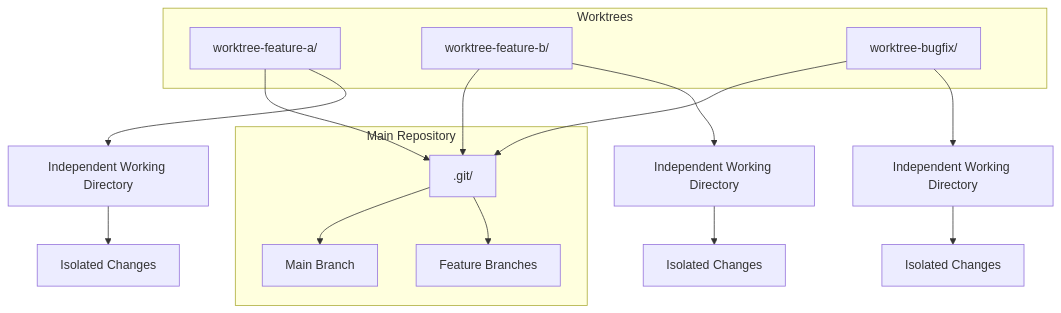
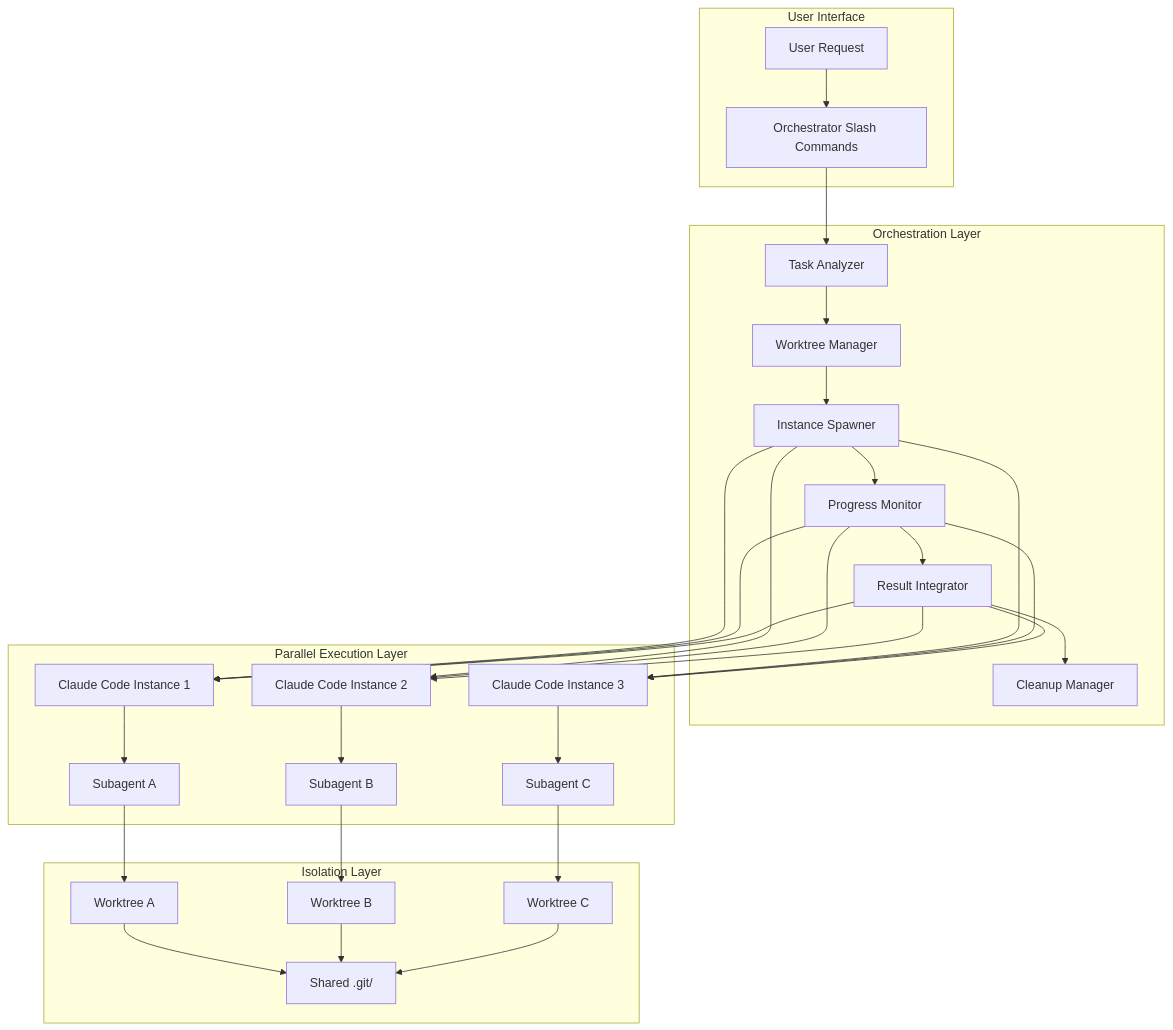
The diagram in modules/module7-advanced-worktrees/README.md (p-wegner/claude_code_training), drawn with Mermaid before and after one commit. The commit also changed other lines of this file and 14 other files, not shown here.

First line of the commit message:
Complete Module 7: Automated Parallel Development Orchestration

````diff
--- a/modules/module7-advanced-worktrees/README.md
+++ b/modules/module7-advanced-worktrees/README.md
@@ -24,21 +43,40 @@
 ```mermaid
 graph TB
-    subgraph "Main Repository"
-        A[.git/] --> B[Main Branch]
-        A --> C[Feature Branches]
+    subgraph "User Interface"
+        A[User Request] --> B[Orchestrator Slash Commands]
     end
     
-    subgraph "Worktrees"
-        D[worktree-feature-a/] --> A
-        E[worktree-feature-b/] --> A
-        F[worktree-bugfix/] --> A
+    subgraph "Orchestration Layer"
+        B --> C[Task Analyzer]
+        C --> D[Worktree Manager]
+        D --> E[Instance Spawner]
+        E --> F[Progress Monitor]
+        F --> G[Result Integrator]
+        G --> H[Cleanup Manager]
     end
     
-    D --> G[Independent Working Directory]
-    E --> H[Independent Working Directory]
-    F --> I[Independent Working Directory]
+    subgraph "Parallel Execution Layer"
+        I[Claude Code Instance 1] --> J[Subagent A]
+        K[Claude Code Instance 2] --> L[Subagent B]
+        M[Claude Code Instance 3] --> N[Subagent C]
+    end
     
-    G --> J[Isolated Changes]
-    H --> K[Isolated Changes]
-    I --> L[Isolated Changes]
+    subgraph "Isolation Layer"
+        J --> O[Worktree A]
+        L --> P[Worktree B]
+        N --> Q[Worktree C]
+        O --> R[Shared .git/]
+        P --> R
+        Q --> R
+    end
+    
+    E --> I
+    E --> K
+    E --> M
+    F --> I
+    F --> K
+    F --> M
+    G --> I
+    G --> K
+    G --> M
 ```
````
